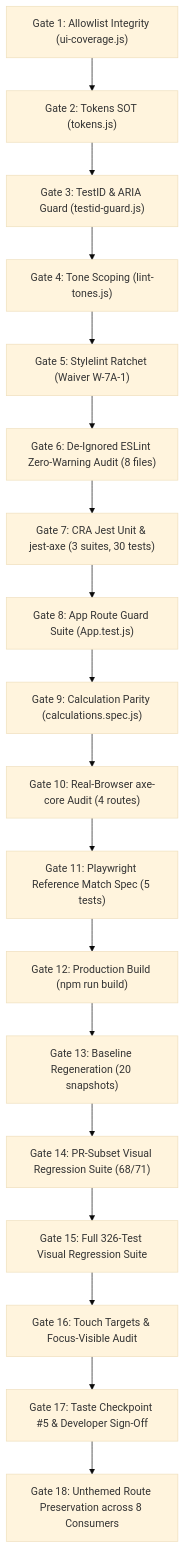
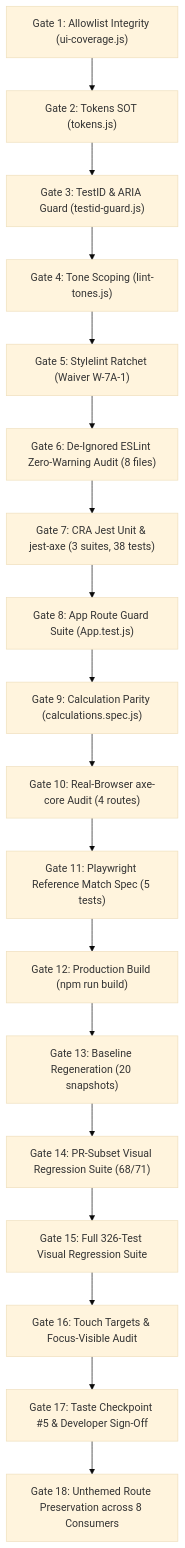
Before and after one commit to MAshrafM/FinStat: the diagram in docs/ui-plans/phase_7a_implementation_plan.md, drawn with Mermaid (base theme). The commit also changed other lines of this file and 2 other files, not shown here.

````diff
--- a/docs/ui-plans/phase_7a_implementation_plan.md
+++ b/docs/ui-plans/phase_7a_implementation_plan.md
@@ -309,20 +309,20 @@
 ```mermaid
 flowchart TD
     G1["Gate 1: Allowlist Integrity (ui-coverage.js)"] --> G2["Gate 2: Tokens SOT (tokens.js)"]
     G2 --> G3["Gate 3: TestID & ARIA Guard (testid-guard.js)"]
     G3 --> G4["Gate 4: Tone Scoping (lint-tones.js)"]
     G4 --> G5["Gate 5: Stylelint Ratchet (Waiver W-7A-1)"]
     G5 --> G6["Gate 6: De-Ignored ESLint Zero-Warning Audit (8 files)"]
-    G6 --> G7["Gate 7: CRA Jest Unit & jest-axe (3 suites, 30 tests)"]
+    G6 --> G7["Gate 7: CRA Jest Unit & jest-axe (3 suites, 38 tests)"]
     G7 --> G8["Gate 8: App Route Guard Suite (App.test.js)"]
     G8 --> G9["Gate 9: Calculation Parity (calculations.spec.js)"]
     G9 --> G10["Gate 10: Real-Browser axe-core Audit (4 routes)"]
     G10 --> G11["Gate 11: Playwright Reference Match Spec (5 tests)"]
     G11 --> G12["Gate 12: Production Build (npm run build)"]
     G12 --> G13["Gate 13: Baseline Regeneration (20 snapshots)"]
     G13 --> G14["Gate 14: PR-Subset Visual Regression Suite (68/71)"]
     G14 --> G15["Gate 15: Full 326-Test Visual Regression Suite"]
     G15 --> G16["Gate 16: Touch Targets & Focus-Visible Audit"]
     G16 --> G17["Gate 17: Taste Checkpoint #5 & Developer Sign-Off"]
     G17 --> G18["Gate 18: Unthemed Route Preservation across 8 Consumers"]
 ```
````
